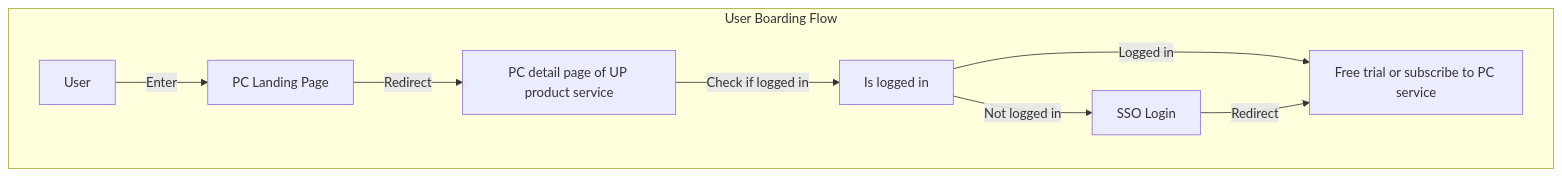
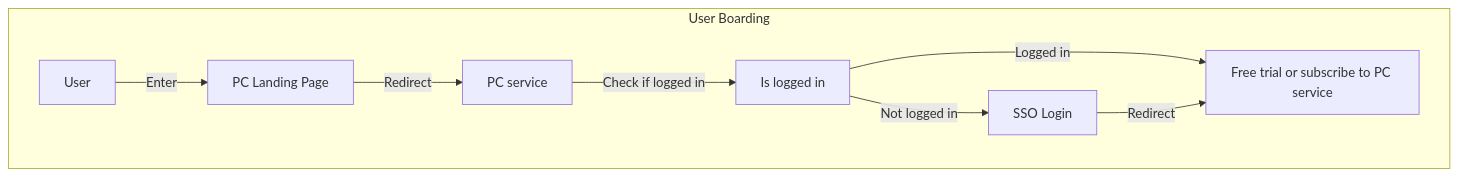
The diagram in 用户引导flow.mmd (leonwgc/ant-admin-template), drawn with Mermaid before and after one commit.

```diff
--- a/用户引导flow.mmd
+++ b/用户引导flow.mmd
@@ -1,9 +1,9 @@
 flowchart TD
-    subgraph User Boarding Flow
+    subgraph User Boarding
         User[User] -->|Enter| PCPlatform[PC Landing Page]
-        PCPlatform -->|Redirect| PCDetailPage[PC detail page of UP product service]
+        PCPlatform -->|Redirect| PCDetailPage[PC service]
         PCDetailPage -->|Check if logged in| LoginCheck[Is logged in]
         LoginCheck -->|Logged in| UseService[Free trial or subscribe to PC service]
         LoginCheck -->|Not logged in| SSOSystem[SSO Login]
         SSOSystem -->|Redirect| UseService
     end
```
